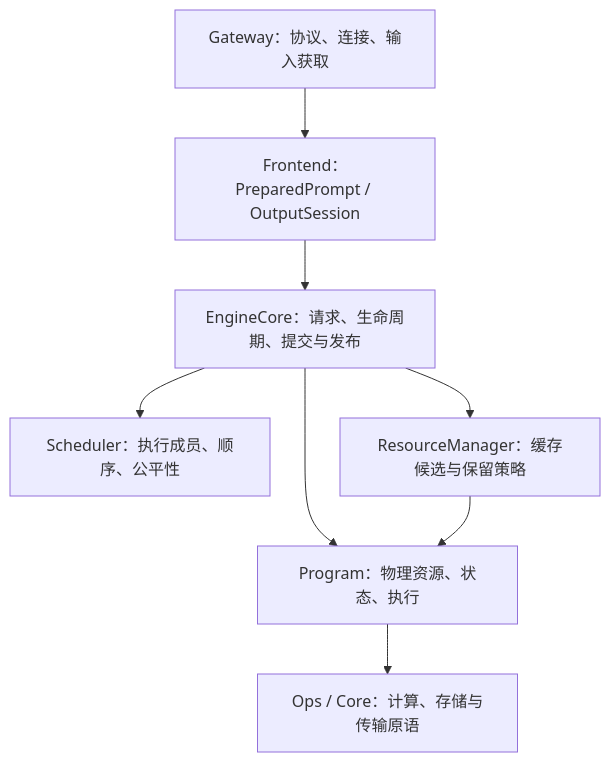
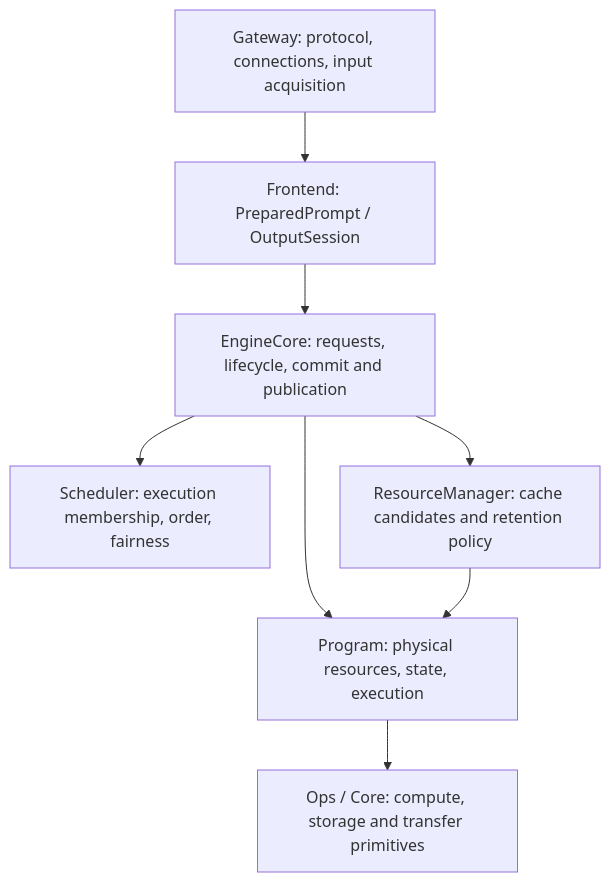
Before and after one commit to Wallawalla47/Infernix: the second of 3 diagrams in docs/maintainer/engine-architecture.md, drawn with Mermaid. The commit also changed other lines of this file and 8 other files, not shown here.

````diff
--- a/docs/maintainer/engine-architecture.md
+++ b/docs/maintainer/engine-architecture.md
@@ -50,10 +62,10 @@
 ```mermaid
 flowchart TD
-    G["Gateway：协议、连接、输入获取"] --> F["Frontend：PreparedPrompt / OutputSession"]
-    F --> E["EngineCore：请求、生命周期、提交与发布"]
-    E --> S["Scheduler：执行成员、顺序、公平性"]
-    E --> R["ResourceManager：缓存候选与保留策略"]
-    E --> P["Program：物理资源、状态、执行"]
+    G["Gateway: protocol, connections, input acquisition"] --> F["Frontend: PreparedPrompt / OutputSession"]
+    F --> E["EngineCore: requests, lifecycle, commit and publication"]
+    E --> S["Scheduler: execution membership, order, fairness"]
+    E --> R["ResourceManager: cache candidates and retention policy"]
+    E --> P["Program: physical resources, state, execution"]
     R --> P
-    P --> O["Ops / Core：计算、存储与传输原语"]
+    P --> O["Ops / Core: compute, storage and transfer primitives"]
 ```
````
